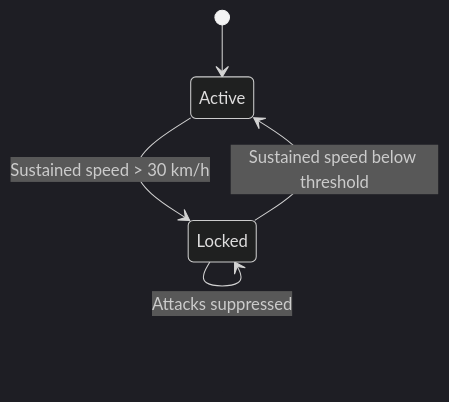
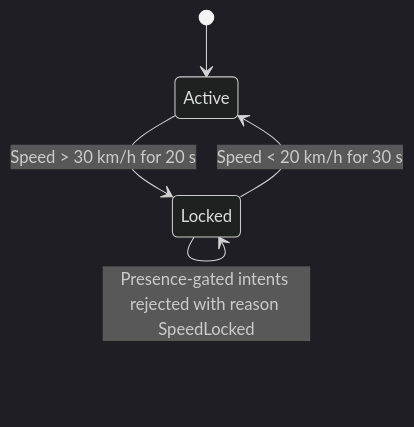
The second of 2 diagrams in docs/design/combat.md (jhofer/ar-map-game), drawn with Mermaid (dark theme) before and after one commit. The commit also changed other lines of this file and 30 other files, not shown here.

````diff
--- a/docs/design/combat.md
+++ b/docs/design/combat.md
@@ -84,7 +137,7 @@
 ```mermaid
 stateDiagram-v2
     [*] --> Active
-    Active --> Locked: Sustained speed > 30 km/h
-    Locked --> Active: Sustained speed below threshold
-    Locked --> Locked: Attacks suppressed
+    Active --> Locked: Speed > 30 km/h for 20 s
+    Locked --> Active: Speed < 20 km/h for 30 s
+    Locked --> Locked: Presence-gated intents rejected with reason SpeedLocked
 ```
````
